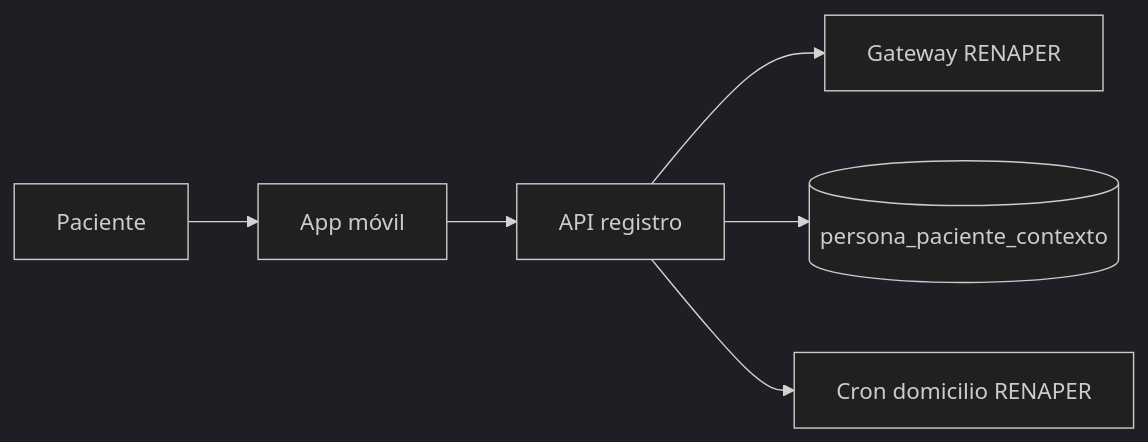
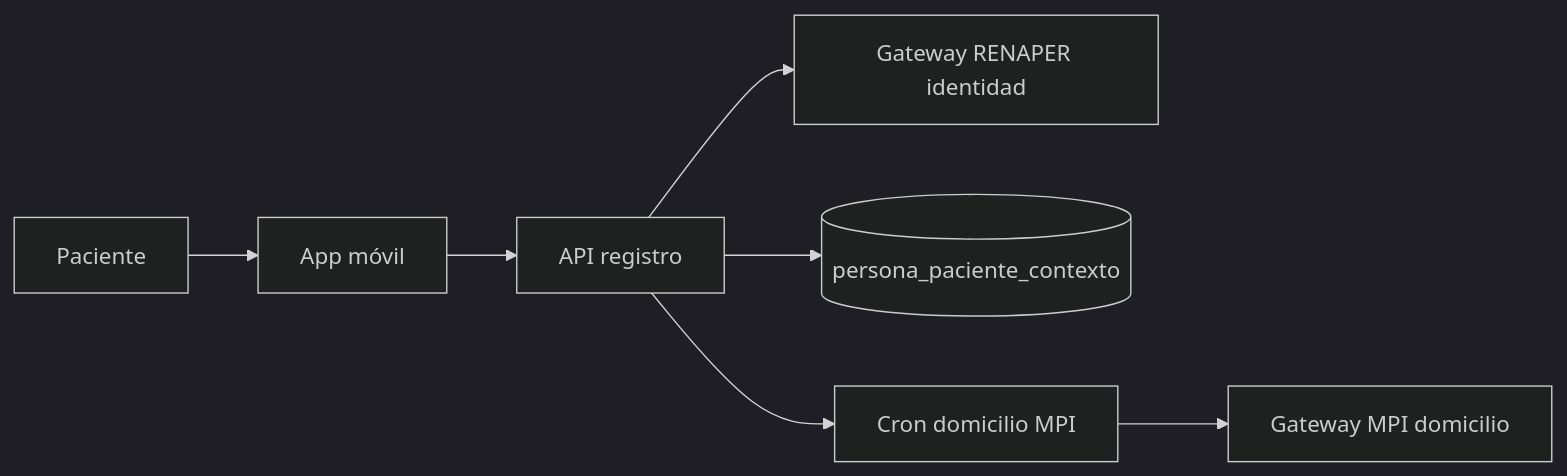
One commit to luischanferoni/bioenlace changed the first of 2 diagrams in web/docs/producto/registro-paciente.md. Above: the diagram before and after it, drawn with Mermaid (dark theme). The commit also changed other lines of this file and 11 other files, not shown here.

````diff
--- a/web/docs/producto/registro-paciente.md
+++ b/web/docs/producto/registro-paciente.md
@@ -40,13 +41,15 @@
 ```mermaid
 flowchart LR
   U[Paciente]
   APP[App móvil]
   API[API registro]
-  REN[Gateway RENAPER]
+  REN[Gateway RENAPER identidad]
+  MPI_DOM[Gateway MPI domicilio]
   CTX[(persona_paciente_contexto)]
-  DOM[Cron domicilio RENAPER]
+  DOM[Cron domicilio MPI]
   U --> APP --> API
   API --> REN
   API --> CTX
   API --> DOM
+  DOM --> MPI_DOM
 ```
````
